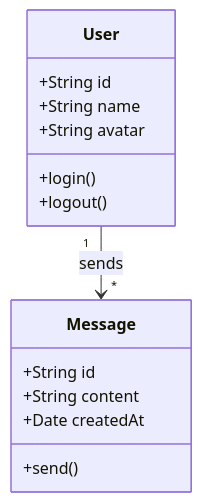
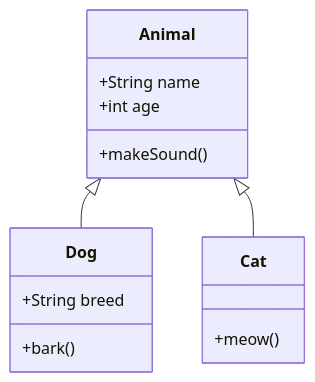
Before and after one commit to hongmaple0820/openclaw-dindin-chart: the sixth of 10 diagrams in skills/diagram-generator/SKILL.md, drawn with Mermaid. The commit also changed other lines of this file and 14 other files, not shown here.

````diff
--- a/skills/diagram-generator/SKILL.md
+++ b/skills/diagram-generator/SKILL.md
@@ -122,19 +125,18 @@
 ```mermaid
 classDiagram
-    class User {
-        +String id
+    class Animal {
         +String name
-        +String avatar
-        +login()
-        +logout()
+        +int age
+        +makeSound()
+    }
+    class Dog {
+        +String breed
+        +bark()
+    }
+    class Cat {
+        +meow()
     }
     
-    class Message {
-        +String id
-        +String content
-        +Date createdAt
-        +send()
-    }
-    
-    User "1" --> "*" Message : sends
+    Animal <|-- Dog
+    Animal <|-- Cat
 ```
````
